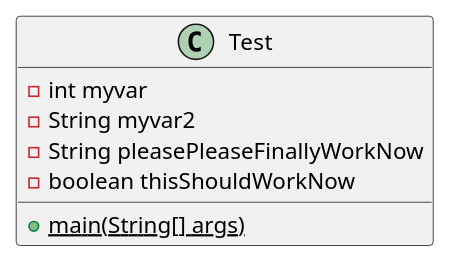
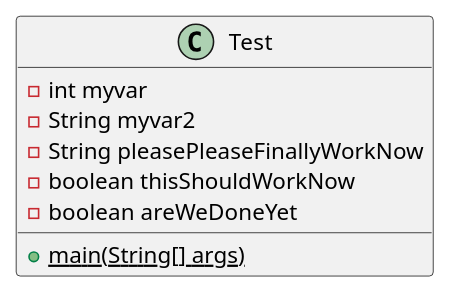
Before and after one commit to andrewdimmer/csi-3370-software-project-config-test: the diagram in docs/uml/test.puml, drawn with PlantUML.

```diff
--- a/docs/uml/test.puml
+++ b/docs/uml/test.puml
@@ -1,11 +1,12 @@
 @startuml test
 
 class Test {
     - int myvar
     - String myvar2
     - String pleasePleaseFinallyWorkNow
     - boolean thisShouldWorkNow
+    - boolean areWeDoneYet
     {static} + main(String[] args)
 }
 
 @enduml
```
